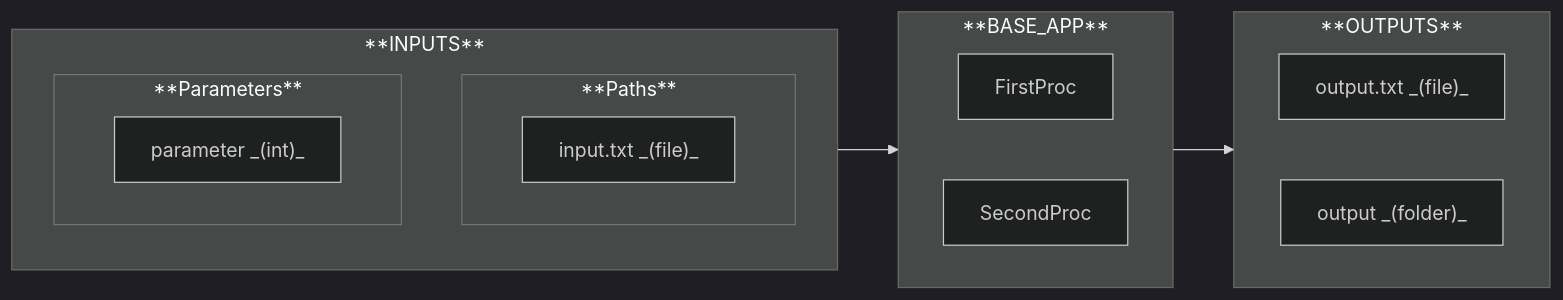
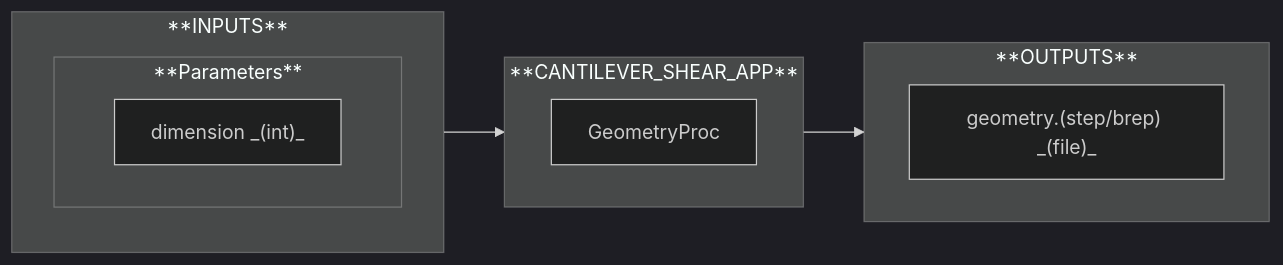
Before and after one commit to nuremics/nuremics-labs: the third of 4 diagrams in src/labs/apps/cms/CANTILEVER_SHEAR_APP/README.md, drawn with Mermaid (dark theme). The commit also changed other lines of this file, not shown here.

Commit message:
add README of CANTLIEVER_SHEAR_APP

````diff
--- a/src/labs/apps/cms/CANTILEVER_SHEAR_APP/README.md
+++ b/src/labs/apps/cms/CANTILEVER_SHEAR_APP/README.md
@@ -70,31 +46,24 @@
 ```mermaid
 flowchart LR
   subgraph **INPUTS**
     direction TB
 
-    subgraph **Paths**
-      direction LR
-      path1["input.txt _(file)_"]
-    end
-
     subgraph **Parameters**
       direction LR
-      param1["parameter _(int)_"]
+      param1["dimension _(int)_"]
     end
   end
 
-  subgraph **BASE_APP**
+  subgraph **CANTILEVER_SHEAR_APP**
     direction RL
-    proc1["FirstProc"]
-    proc2["SecondProc"]
+    proc1["GeometryProc"]
   end
 
   subgraph **OUTPUTS**
     direction RL
-    out1["output.txt _(file)_"]
-    out2["output _(folder)_"]
+    out1["geometry.(step/brep) _(file)_"]
   end
 
-  **INPUTS** --> **BASE_APP**
-  **BASE_APP** --> **OUTPUTS**
+  **INPUTS** --> **CANTILEVER_SHEAR_APP**
+  **CANTILEVER_SHEAR_APP** --> **OUTPUTS**
 ```
````
